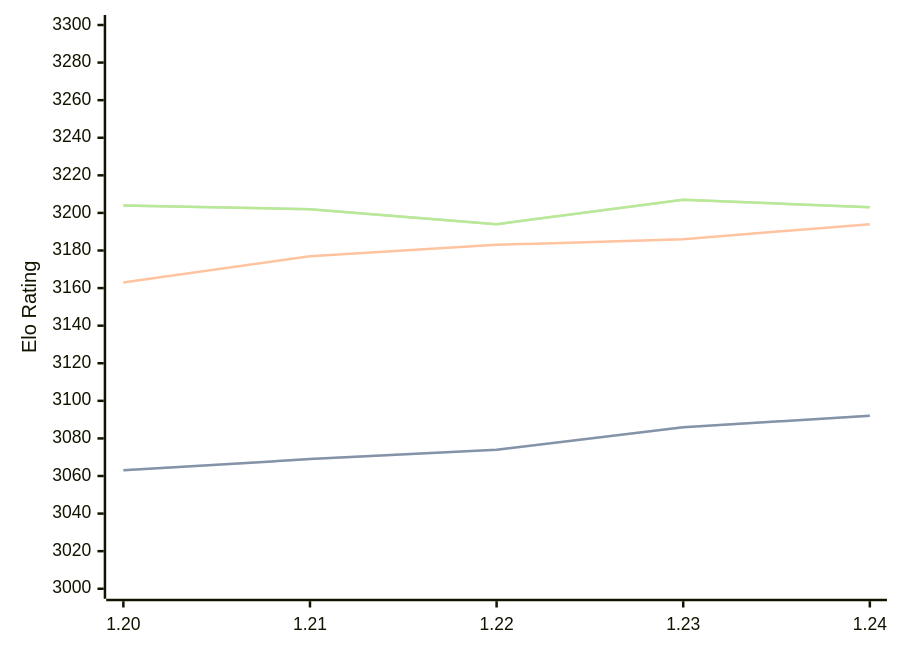
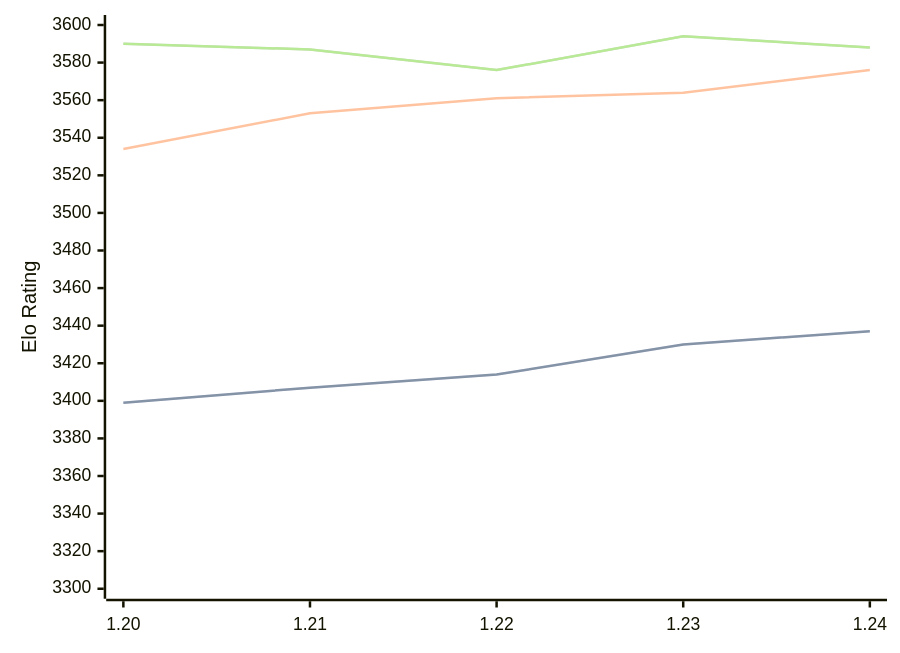
One commit to computer-chess-index/cci changed the diagram in engines/Caissa.md. Above: the diagram before and after it, drawn with Mermaid. The commit also changed other lines of this file, not shown here.

Commit message:
Update CCI Ratings (ELO VLTC) - 2026-02-24

````diff
--- a/engines/Caissa.md
+++ b/engines/Caissa.md
@@ -61,11 +62,11 @@
 ```mermaid
 %%{init: {"theme":"base","themeVariables":{"seriesColors:['#a3a3a3','#222221','#faa371']}}}%%
 xychart-beta
   x-axis ["1.20", "1.21", "1.22", "1.23", "1.24"]
-  y-axis "Elo Rating" 3000 --> 3300
-  line "STC (8.0+0.08s)" [3063, 3069, 3074, 3086, 3092]
-  line "STC (8.0+0.08s)" [3063, 3069, 3074, 3086, 3092]
-  line "LTC (60.0+0.60s)" [3163, 3177, 3183, 3186, 3194]
-  line "VLTC (2m24s+1.12s)" [3204, 3202, 3194, 3207, 3203]
-  line "VLTC (2m24s+1.12s)" [3204, 3202, 3194, 3207, 3203]
+  y-axis "Elo Rating" 3300 --> 3600
+  line "STC (8.0+0.08s)" [3399, 3407, 3414, 3430, 3437]
+  line "STC (8.0+0.08s)" [3399, 3407, 3414, 3430, 3437]
+  line "LTC (60.0+0.60s)" [3534, 3553, 3561, 3564, 3576]
+  line "VLTC (2m24s+1.12s)" [3590, 3587, 3576, 3594, 3588]
+  line "VLTC (2m24s+1.12s)" [3590, 3587, 3576, 3594, 3588]
 ```
````
